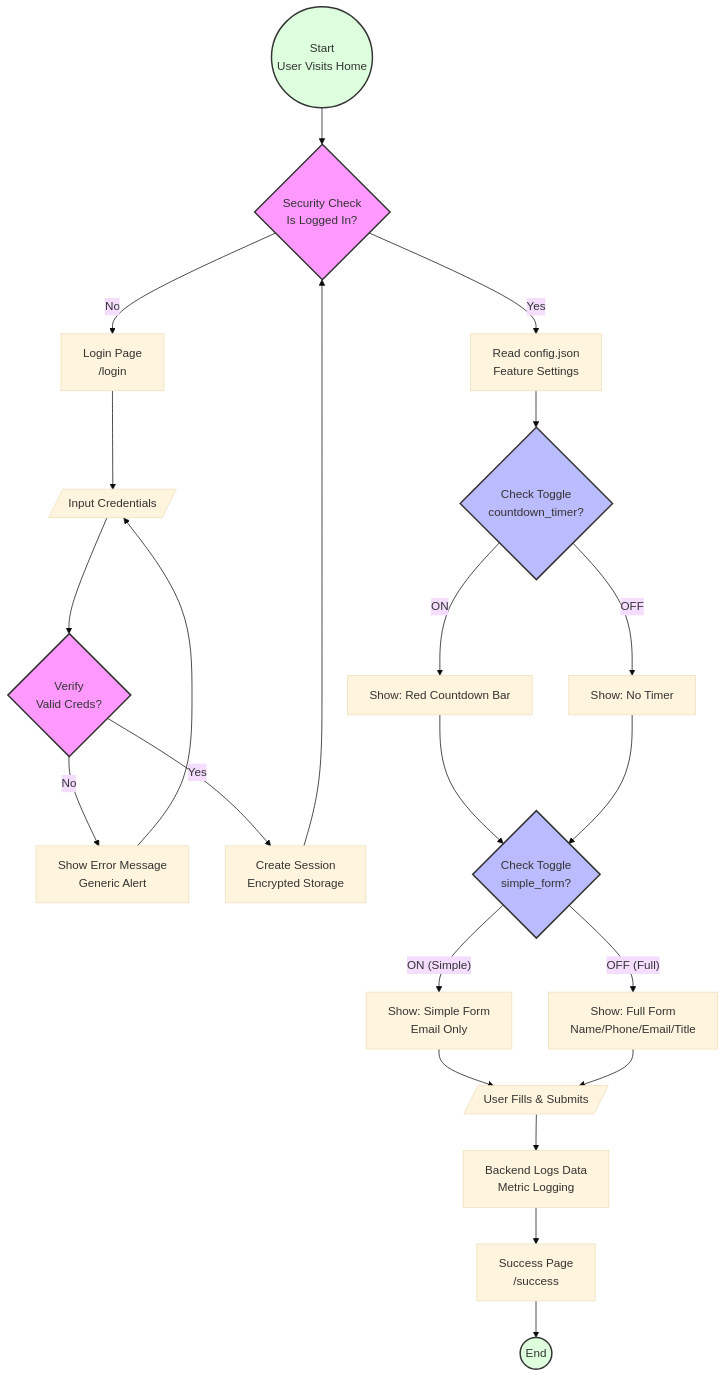
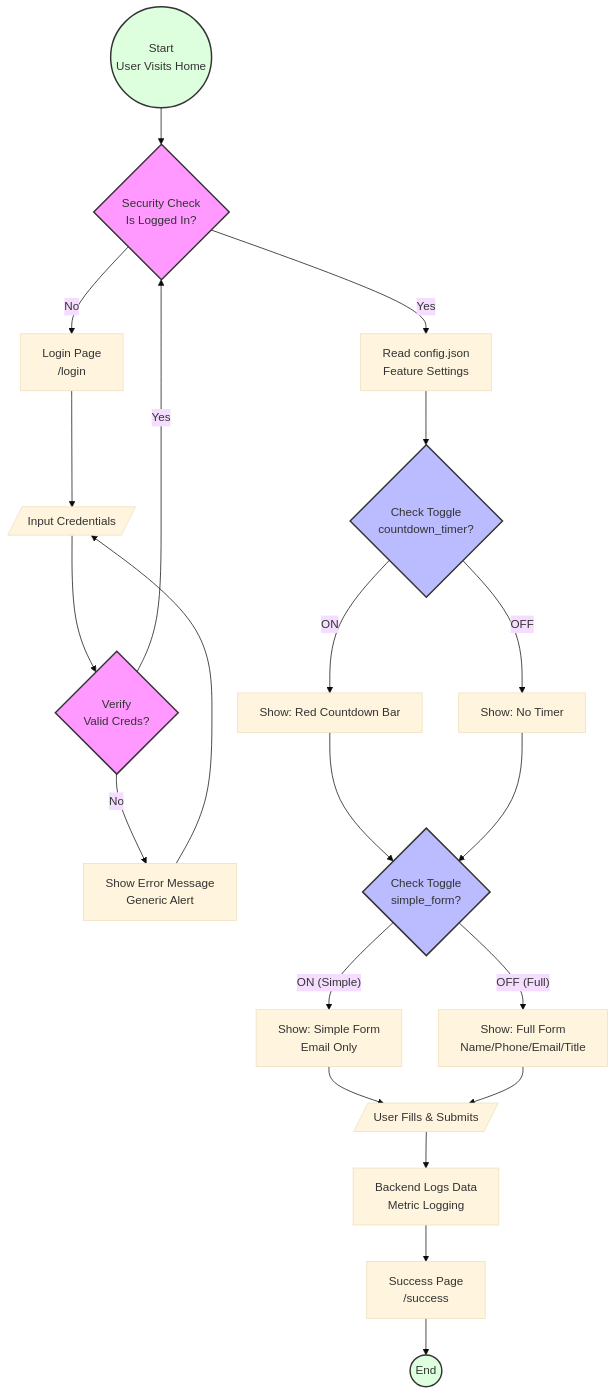
Before and after one commit to Kiwi-Peng/hw11: the diagram in README.md, drawn with Mermaid (base theme).

````diff
--- a/README.md
+++ b/README.md
@@ -3,44 +3,45 @@
 ```mermaid
 flowchart TD
     Start((Start<br>User Visits Home)) --> CheckSession{Security Check<br>Is Logged In?}
     
     %% A&A Authentication Flow
     CheckSession -- No --> LoginPage[Login Page<br>/login]
     LoginPage --> InputCreds[/Input Credentials/]
     InputCreds --> VerifyCreds{Verify<br>Valid Creds?}
     VerifyCreds -- No --> ShowError[Show Error Message<br>Generic Alert]
     ShowError --> InputCreds
-    VerifyCreds -- Yes --> CreateSession[Create Session<br>Encrypted Storage]
-    CreateSession --> CheckSession
+    
+    %% 修改點：驗證成功後直接連回檢查點
+    VerifyCreds -- Yes --> CheckSession
     
     %% Feature Toggling & UI Rendering
     CheckSession -- Yes --> ReadConfig[Read config.json<br>Feature Settings]
     ReadConfig --> ToggleTimer{Check Toggle<br>countdown_timer?}
     
     %% Feature A: Countdown Timer
     ToggleTimer -- ON --> ShowTimer[Show: Red Countdown Bar]
     ToggleTimer -- OFF --> NoTimer[Show: No Timer]
     
     ShowTimer --> ToggleForm{Check Toggle<br>simple_form?}
     NoTimer --> ToggleForm
     
     %% Feature B: Simple Form
     ToggleForm -- ON (Simple) --> SimpleUI[Show: Simple Form<br>Email Only]
     ToggleForm -- OFF (Full) --> ComplexUI[Show: Full Form<br>Name/Phone/Email/Title]
     
     %% Interaction & End
     SimpleUI --> UserAction[/User Fills & Submits/]
     ComplexUI --> UserAction
     
     UserAction --> LogMetric[Backend Logs Data<br>Metric Logging]
     LogMetric --> SuccessPage[Success Page<br>/success]
     SuccessPage --> End((End))
 
     %% Styling
     style CheckSession fill:#f9f,stroke:#333,stroke-width:2px
     style VerifyCreds fill:#f9f,stroke:#333,stroke-width:2px
     style ToggleTimer fill:#bbf,stroke:#333,stroke-width:2px
     style ToggleForm fill:#bbf,stroke:#333,stroke-width:2px
     style Start fill:#dfd,stroke:#333,stroke-width:2px
     style End fill:#dfd,stroke:#333,stroke-width:2px
 ```
````
